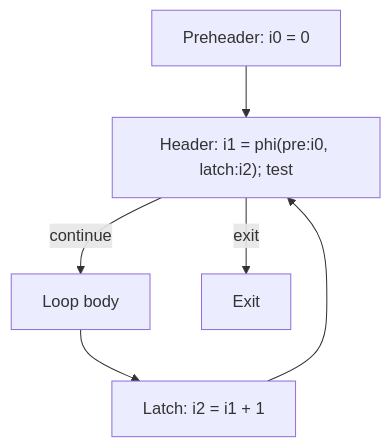
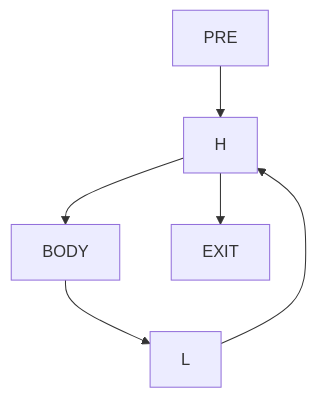
Before and after one commit to Misha1302/Middle-end-compiler-cource: the first of 2 diagrams in docs/modules/13-loop-concepts.md, drawn with Mermaid. The commit also changed other lines of this file and 47 other files, not shown here.

````diff
--- a/docs/modules/13-loop-concepts.md
+++ b/docs/modules/13-loop-concepts.md
@@ -107,8 +33,8 @@
 ```mermaid
 flowchart TD
-    PRE["Preheader: i0 = 0"] --> H["Header: i1 = phi(pre:i0, latch:i2); test"]
-    H -->|continue| BODY[Loop body]
-    H -->|exit| EXIT[Exit]
-    BODY --> L["Latch: i2 = i1 + 1"]
-    L --> H
+  PRE --> H
+  H --> BODY
+  H --> EXIT
+  BODY --> L
+  L --> H
 ```
````
